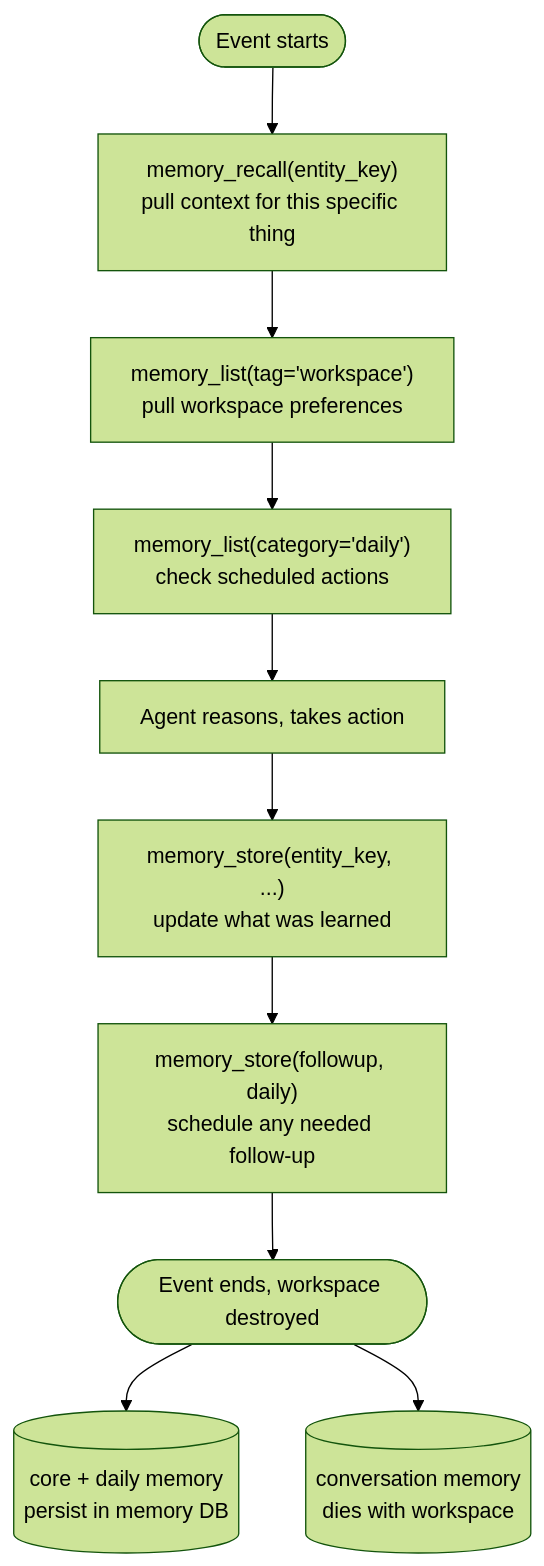
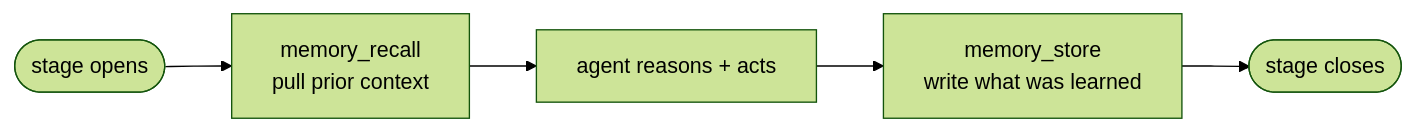
Before and after one commit to usezombie/docs: the diagram in memory.mdx, drawn with Mermaid (forest theme). The commit also changed other lines of this file and 13 other files, not shown here.

````diff
--- a/memory.mdx
+++ b/memory.mdx
@@ -128,12 +38,7 @@
 ```mermaid
-flowchart TD
-    A([Event starts]) --> B["memory_recall(entity_key)<br/>pull context for this specific thing"]
-    B --> C["memory_list(tag='workspace')<br/>pull workspace preferences"]
-    C --> D["memory_list(category='daily')<br/>check scheduled actions"]
-    D --> E[Agent reasons, takes action]
-    E --> F["memory_store(entity_key, ...)<br/>update what was learned"]
-    F --> G["memory_store(followup, daily)<br/>schedule any needed follow-up"]
-    G --> H([Event ends, workspace destroyed])
-    H --> I[(core + daily memory<br/>persist in memory DB)]
-    H --> J[(conversation memory<br/>dies with workspace)]
+flowchart LR
+    Start([stage opens]) --> Recall["memory_recall<br/>pull prior context"]
+    Recall --> Reason[agent reasons + acts]
+    Reason --> Store["memory_store<br/>write what was learned"]
+    Store --> End([stage closes])
 ```
````
